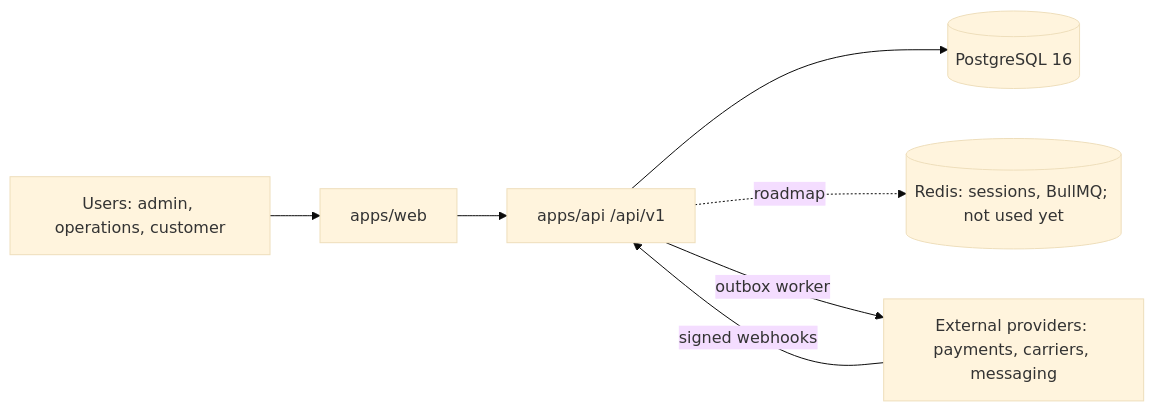
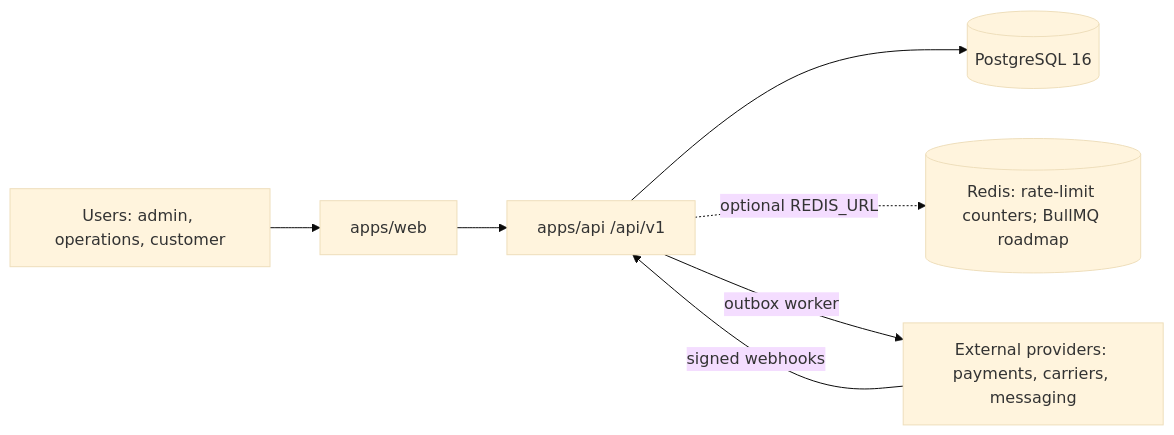
One commit to octavolab/octavolab-app-template changed the diagram in ARCHITECTURE.md. Above: the diagram before and after it, drawn with Mermaid (base theme). The commit also changed other lines of this file and 14 other files, not shown here.

First line of the commit message:
docs: v0.6.0 changelog, security and architecture match the code; verified locally vs real run

````diff
--- a/ARCHITECTURE.md
+++ b/ARCHITECTURE.md
@@ -4,9 +4,9 @@
 ```mermaid
 flowchart LR
   U[Users: admin, operations, customer] --> W[apps/web]
   W --> A[apps/api /api/v1]
   A --> P[(PostgreSQL 16)]
-  A -. roadmap .-> R[(Redis: sessions, BullMQ; not used yet)]
+  A -. optional REDIS_URL .-> R[(Redis: rate-limit counters; BullMQ roadmap)]
   A -- outbox worker --> X[External providers: payments, carriers, messaging]
   X -- signed webhooks --> A
 ```
````
